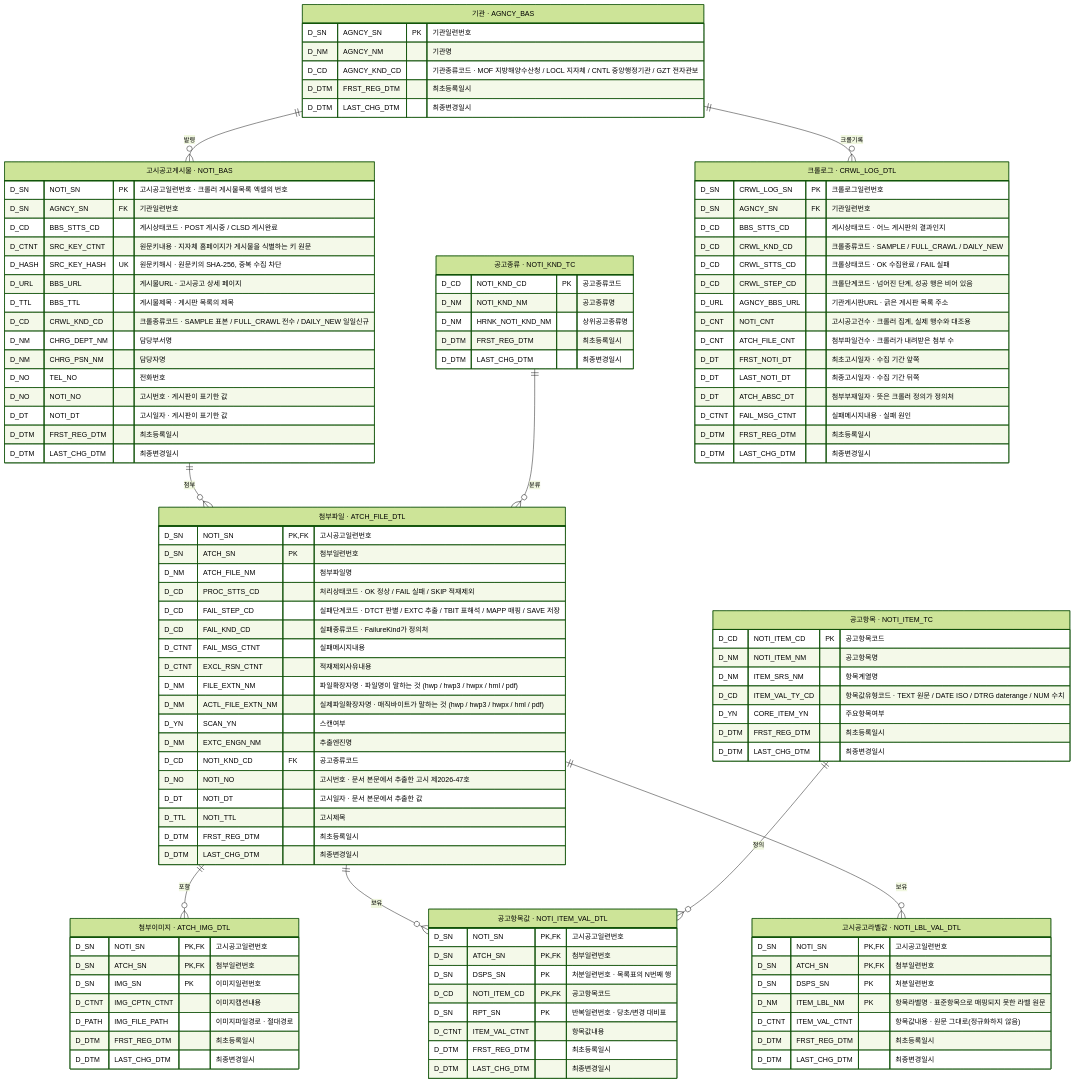
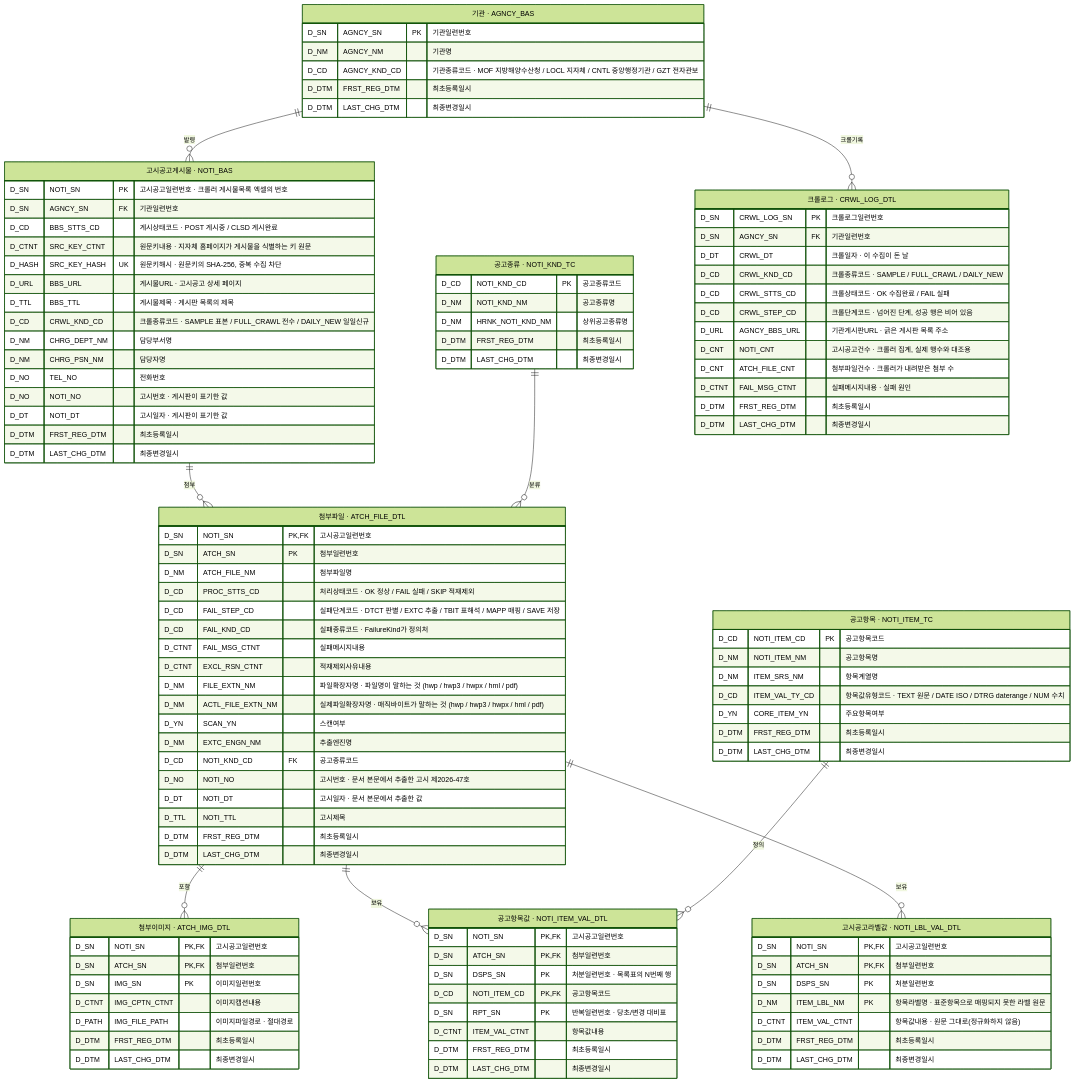
The diagram in README.md (Team-All4Land/All4Land_java-pipeline), drawn with Mermaid (forest theme) before and after one commit. The commit also changed other lines of this file and 4 other files, not shown here.

```diff
--- a/README.md
+++ b/README.md
@@ -320,16 +320,13 @@
     CRWL_LOG_DTL["크롤로그 · CRWL_LOG_DTL"] {
         D_SN   CRWL_LOG_SN    PK "크롤로그일련번호"
         D_SN   AGNCY_SN       FK "기관일련번호"
-        D_CD   BBS_STTS_CD       "게시상태코드 · 어느 게시판의 결과인지"
+        D_DT   CRWL_DT           "크롤일자 · 이 수집이 돈 날"
         D_CD   CRWL_KND_CD       "크롤종류코드 · SAMPLE / FULL_CRAWL / DAILY_NEW"
         D_CD   CRWL_STTS_CD      "크롤상태코드 · OK 수집완료 / FAIL 실패"
         D_CD   CRWL_STEP_CD      "크롤단계코드 · 넘어진 단계, 성공 행은 비어 있음"
         D_URL  AGNCY_BBS_URL     "기관게시판URL · 긁은 게시판 목록 주소"
         D_CNT  NOTI_CNT          "고시공고건수 · 크롤러 집계, 실제 행수와 대조용"
         D_CNT  ATCH_FILE_CNT     "첨부파일건수 · 크롤러가 내려받은 첨부 수"
-        D_DT   FRST_NOTI_DT      "최초고시일자 · 수집 기간 앞쪽"
-        D_DT   LAST_NOTI_DT      "최종고시일자 · 수집 기간 뒤쪽"
-        D_DT   ATCH_ABSC_DT      "첨부부재일자 · 뜻은 크롤러 정의가 정의처"
         D_CTNT FAIL_MSG_CTNT     "실패메시지내용 · 실패 원인"
         D_DTM  FRST_REG_DTM      "최초등록일시"
         D_DTM  LAST_CHG_DTM      "최종변경일시"
```
